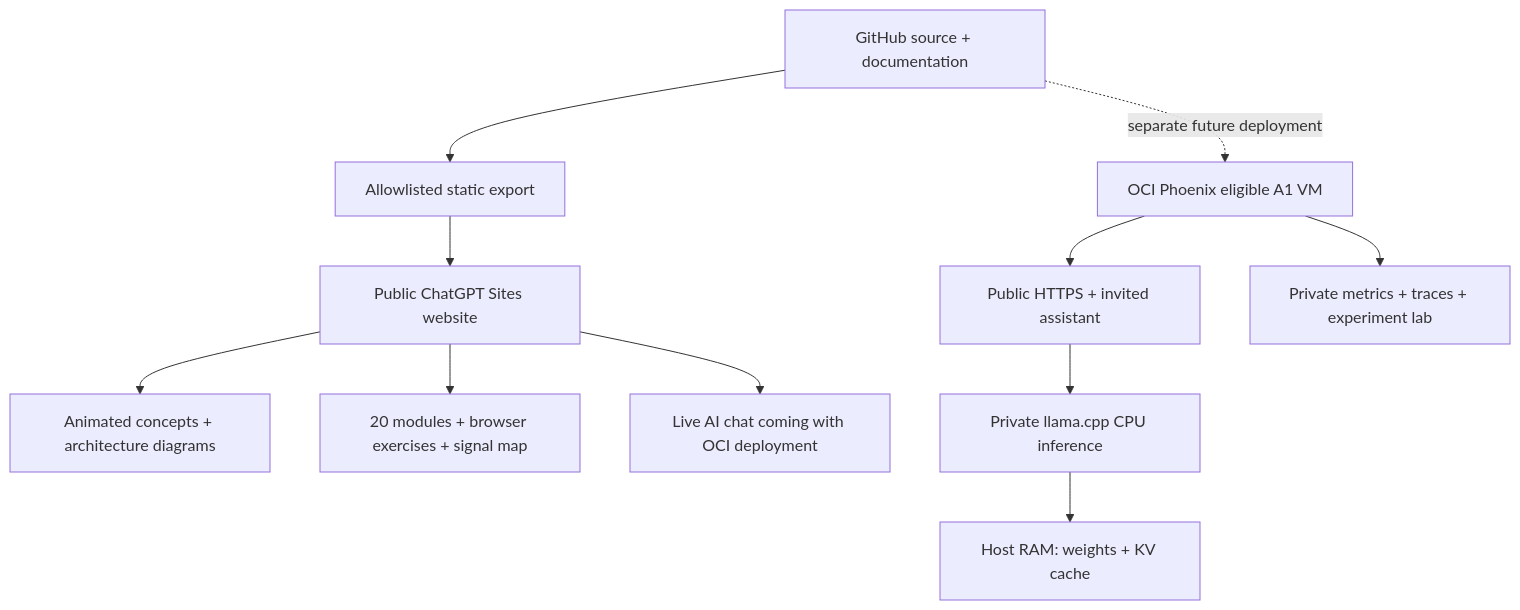
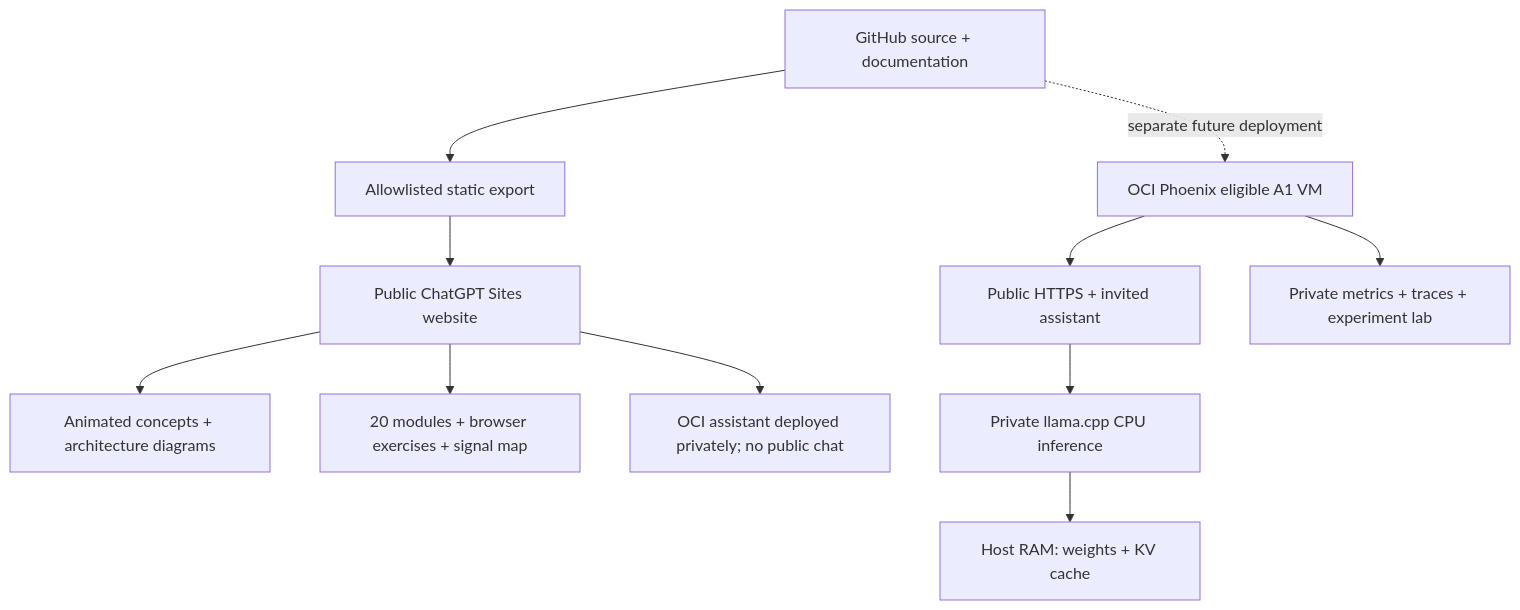
Before and after one commit to sivalinb/llm-serving-observatory: the diagram in docs/sites-publishing.md, drawn with Mermaid. The commit also changed other lines of this file and 35 other files, not shown here.

Commit message:
Add bounded OCI reliability lab, sanitized tracing and animated architecture lessons

````diff
--- a/docs/sites-publishing.md
+++ b/docs/sites-publishing.md
@@ -20,13 +20,13 @@
 ```mermaid
 flowchart TB
   Repo[GitHub source + documentation] --> Export[Allowlisted static export]
   Export --> Sites[Public ChatGPT Sites website]
   Sites --> Tour[Animated concepts + architecture diagrams]
   Sites --> Academy[20 modules + browser exercises + signal map]
-  Sites --> Notice[Live AI chat coming with OCI deployment]
+Sites --> Notice[OCI assistant deployed privately; no public chat]
   Repo -. separate future deployment .-> OCI[OCI Phoenix eligible A1 VM]
   OCI --> Edge[Public HTTPS + invited assistant]
   Edge --> CPU[Private llama.cpp CPU inference]
   CPU --> RAM[Host RAM: weights + KV cache]
   OCI --> Ops[Private metrics + traces + experiment lab]
 ```
````
